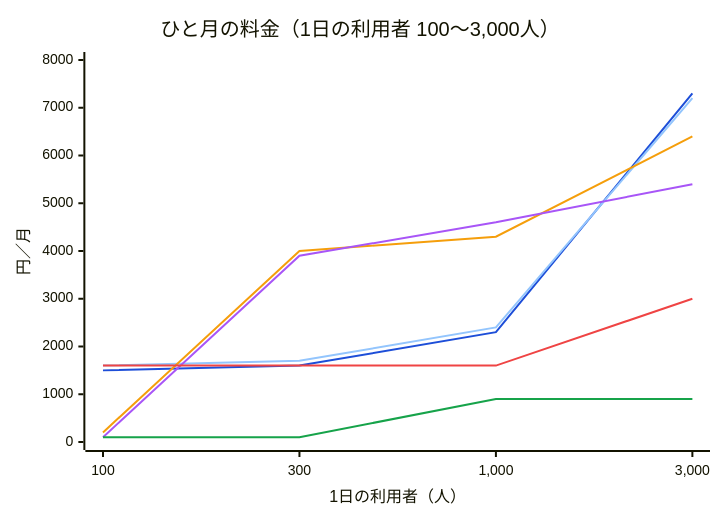
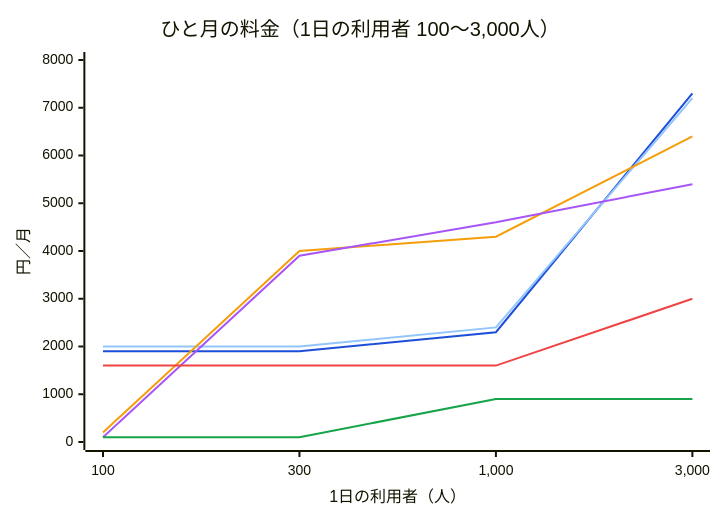
One commit to takumi-okuya-dev/kanaeru-apps changed the first of 2 diagrams in docs/hosting-cost.md. Above: the diagram before and after it, drawn with Mermaid. The commit also changed other lines of this file and 2 other files, not shown here.

````diff
--- a/docs/hosting-cost.md
+++ b/docs/hosting-cost.md
@@ -25,18 +26,18 @@
 ```mermaid
 ---
 config:
   themeVariables:
     xyChart:
       plotColorPalette: "#1d4ed8, #93c5fd, #f59e0b, #a855f7, #ef4444, #16a34a"
 ---
 xychart-beta
   title "ひと月の料金（1日の利用者 100〜3,000人）"
   x-axis "1日の利用者（人）" ["100", "300", "1,000", "3,000"]
   y-axis "円／月" 0 --> 8000
-  line [1500, 1600, 2300, 7300]
-  line [1600, 1700, 2400, 7200]
+  line [1900, 1900, 2300, 7300]
+  line [2000, 2000, 2400, 7200]
   line [200, 4000, 4300, 6400]
   line [100, 3900, 4600, 5400]
   line [1600, 1600, 1600, 3000]
   line [100, 100, 900, 900]
 ```
````
